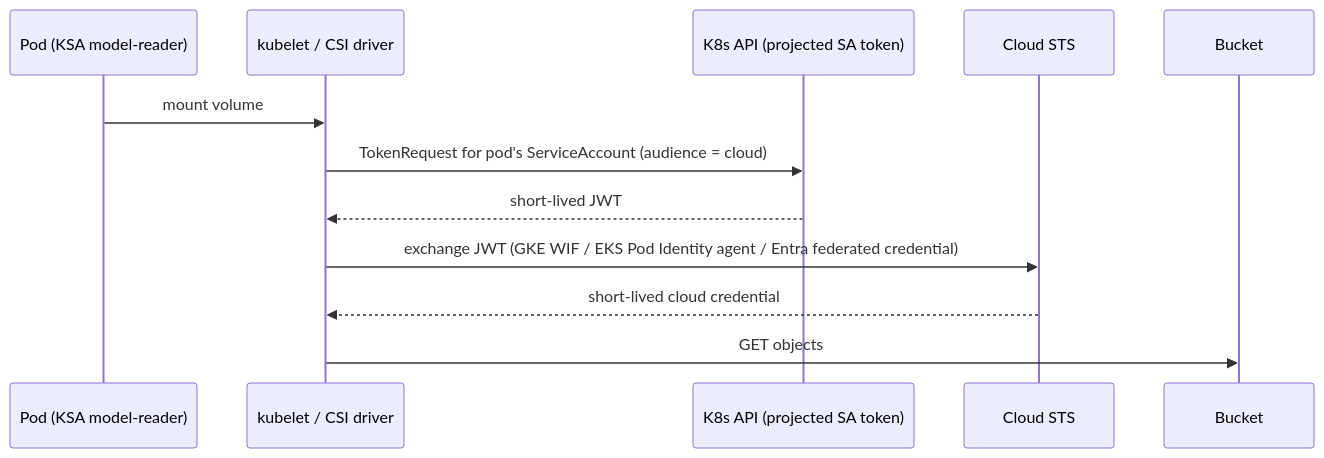
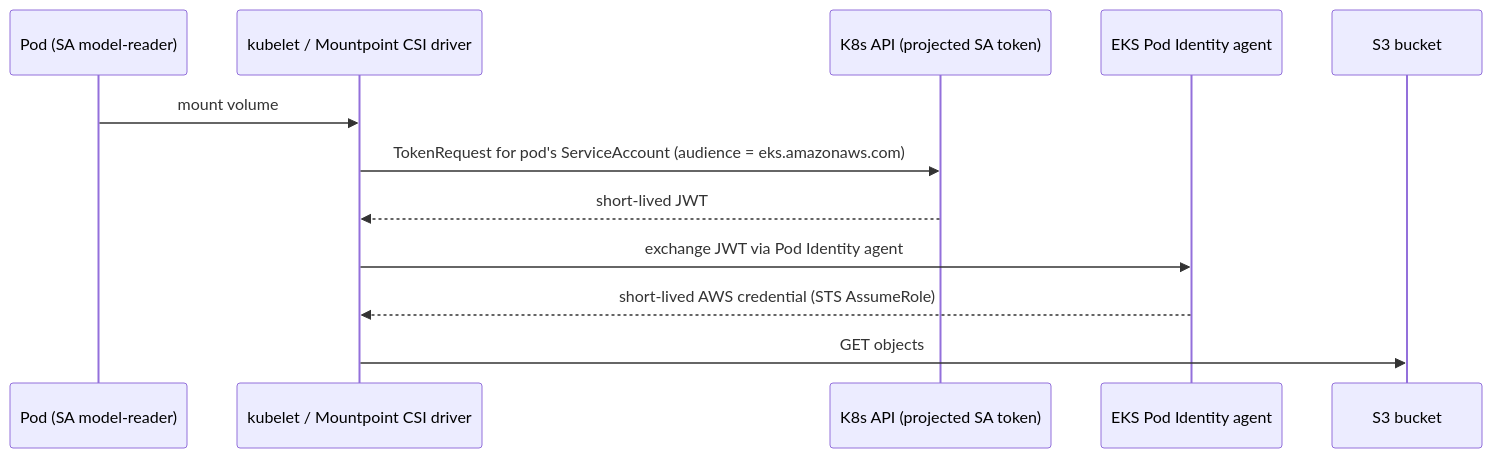
The second of 2 diagrams in 05-model-storage-and-data/README.md (GitOpsHub/kubernetes-ai-infrastructure), drawn with Mermaid before and after one commit. The commit also changed other lines of this file and 25 other files, not shown here.

````diff
--- a/05-model-storage-and-data/README.md
+++ b/05-model-storage-and-data/README.md
@@ -139,14 +139,14 @@
 ```mermaid
 sequenceDiagram
-  participant Pod as Pod (KSA model-reader)
-  participant K as kubelet / CSI driver
+  participant Pod as Pod (SA model-reader)
+  participant K as kubelet / Mountpoint CSI driver
   participant API as K8s API (projected SA token)
-  participant IdP as Cloud STS
-  participant S as Bucket
+  participant IdP as EKS Pod Identity agent
+  participant S as S3 bucket
   Pod->>K: mount volume
-  K->>API: TokenRequest for pod's ServiceAccount (audience = cloud)
+  K->>API: TokenRequest for pod's ServiceAccount (audience = eks.amazonaws.com)
   API-->>K: short-lived JWT
-  K->>IdP: exchange JWT (GKE WIF / EKS Pod Identity agent / Entra federated credential)
-  IdP-->>K: short-lived cloud credential
+  K->>IdP: exchange JWT via Pod Identity agent
+  IdP-->>K: short-lived AWS credential (STS AssumeRole)
   K->>S: GET objects
 ```
````
